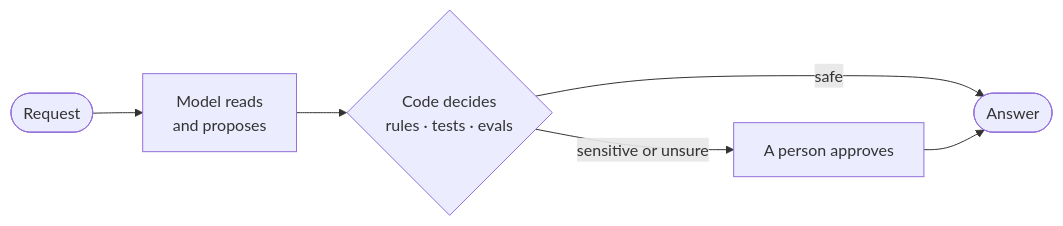
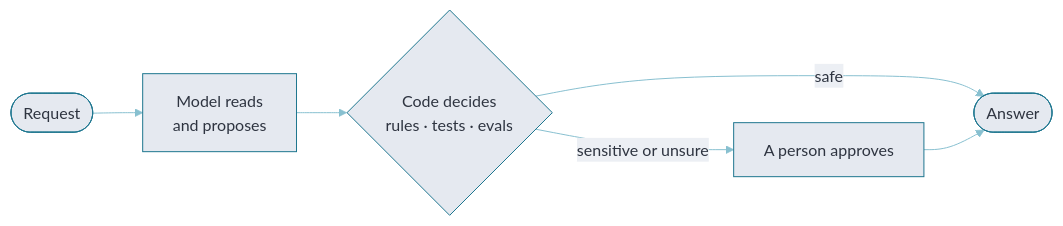
One commit to rishabh0111/rishabh0111 changed the diagram in README.md. Above: the diagram before and after it, drawn with Mermaid.

Commit message:
style: diagram in the banner's palette

````diff
--- a/README.md
+++ b/README.md
@@ -40,8 +40,9 @@
 ```mermaid
+%%{init: {"theme": "base", "themeVariables": {"primaryColor": "#E5E9F0", "primaryTextColor": "#2E3440", "primaryBorderColor": "#1E768F", "lineColor": "#88C0D0", "edgeLabelBackground": "#ECEFF4", "fontFamily": "ui-monospace, SFMono-Regular, Menlo, monospace"}}}%%
 flowchart LR
     Q([Request]) --> M[Model reads<br/>and proposes]
     M --> C{Code decides<br/>rules · tests · evals}
     C -- safe --> A([Answer])
     C -- sensitive or unsure --> P[A person approves]
     P --> A
 ```
````
